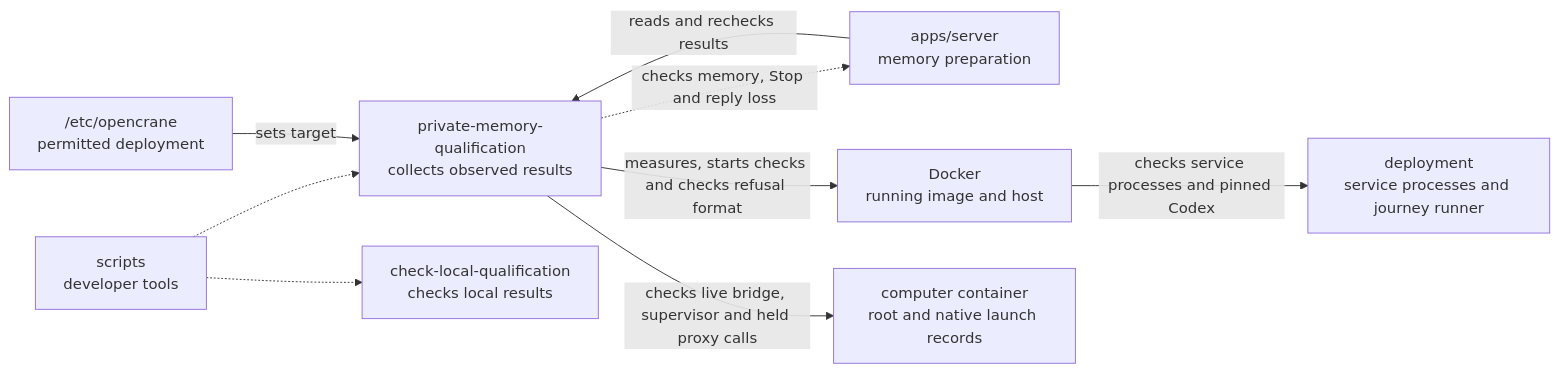
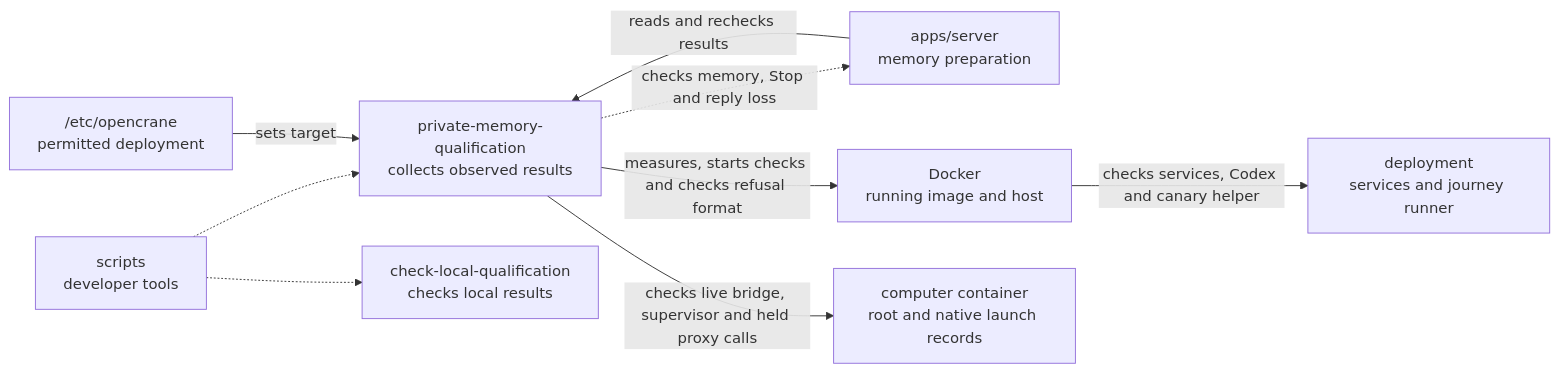
One commit to elewa-git/opencrane-new changed the diagram in scripts/private-memory-qualification/README.md. Above: the diagram before and after it, drawn with Mermaid. The commit also changed other lines of this file and 12 other files, not shown here.

Commit message:
🛡️ Prove supervised canary helper process protection

````diff
--- a/scripts/private-memory-qualification/README.md
+++ b/scripts/private-memory-qualification/README.md
@@ -18,11 +19,11 @@
 ```mermaid
 flowchart LR
   scripts["scripts<br/>developer tools"] -.-> collector["private-memory-qualification<br/>collects observed results"]
   scripts -.-> sibling["check-local-qualification<br/>checks local results"]
   server["apps/server<br/>memory preparation"] -->|reads and rechecks results| collector
   collector -.->|checks memory, Stop and reply loss| server
   config["/etc/opencrane<br/>permitted deployment"] -->|sets target| collector
   collector -->|measures, starts checks and checks refusal format| docker["Docker<br/>running image and host"]
-  docker -->|checks service processes and pinned Codex| deployment["deployment<br/>service processes and journey runner"]
+  docker -->|checks services, Codex and canary helper| deployment["deployment<br/>services and journey runner"]
   collector -->|checks live bridge, supervisor and held proxy calls| computer["computer container<br/>root and native launch records"]
 ```
````
